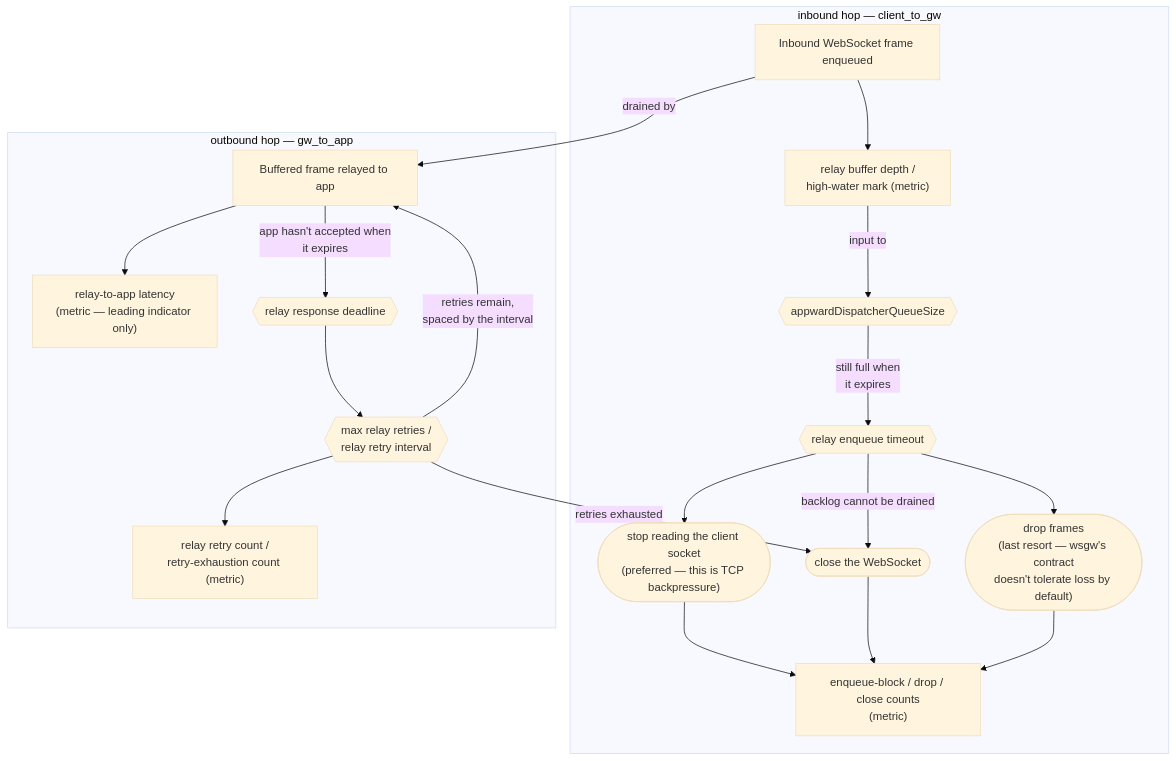
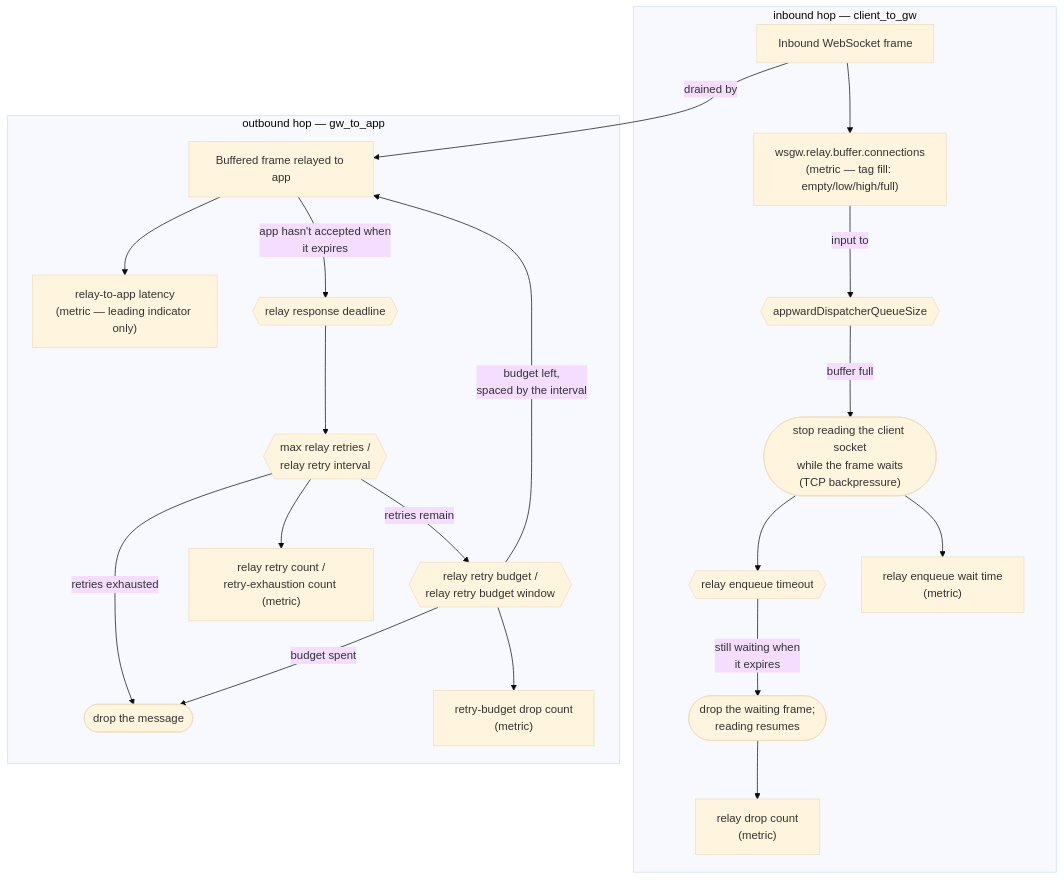
The fourth of 4 diagrams in docs/backpressure.md (pdkovacs/wsgw-jakarta), drawn with Mermaid (base theme) before and after one commit. The commit also changed other lines of this file and 16 other files, not shown here.

Commit message:
Congestion control: RELAY inbound hop / dispatcher queue size, buffer fill

````diff
--- a/docs/backpressure.md
+++ b/docs/backpressure.md
@@ -613,28 +666,30 @@
 ```mermaid
 flowchart TD
     subgraph inbound["inbound hop — client_to_gw"]
-        E1["Inbound WebSocket frame enqueued"]
-        E1 --> MetricDepth["relay buffer depth /\nhigh-water mark (metric)"]
-        MetricDepth -->|"input to"| KnobQueueSize{{"appwardDispatcherQueueSize"}}
-        KnobQueueSize -->|"still full when\nit expires"| KnobEnqueueTimeout{{"relay enqueue timeout"}}
-        KnobEnqueueTimeout --> ActStopRead(["stop reading the client socket\n(preferred — this is TCP backpressure)"])
-        KnobEnqueueTimeout --> ActDrop(["drop frames\n(last resort — wsgw's contract\ndoesn't tolerate loss by default)"])
-        ActClose(["close the WebSocket"])
-        ActStopRead --> MetricActions["enqueue-block / drop / close counts\n(metric)"]
-        ActClose --> MetricActions
-        ActDrop --> MetricActions
+        E1["Inbound WebSocket frame"]
+        ActDrop(["drop the waiting frame;\nreading resumes"])
+        E1 --> MetricFill["wsgw.relay.buffer.connections\n(metric — tag fill: empty/low/high/full)"]
+        MetricFill -->|"input to"| KnobQueueSize{{"appwardDispatcherQueueSize"}}
+        KnobQueueSize -->|"buffer full"| ActStopRead(["stop reading the client socket\nwhile the frame waits\n(TCP backpressure)"])
+        ActStopRead --> KnobEnqueueTimeout{{"relay enqueue timeout"}}
+        KnobEnqueueTimeout -->|"still waiting when\nit expires"| ActDrop
+        ActStopRead --> MetricWait["relay enqueue wait time\n(metric)"]
+        ActDrop --> MetricDrops["relay drop count\n(metric)"]
     end
 
     subgraph outbound["outbound hop — gw_to_app"]
         E0["Buffered frame relayed to app"]
+        ActDropMessage(["drop the message"])
         E0 --> MetricLatency["relay-to-app latency\n(metric — leading indicator only)"]
         E0 -->|"app hasn't accepted when\nit expires"| KnobDeadline{{"relay response deadline"}}
         KnobDeadline --> KnobRetries{{"max relay retries /\nrelay retry interval"}}
-        KnobRetries -->|"retries remain,\nspaced by the interval"| E0
+        KnobRetries -->|"retries remain"| KnobBudget{{"relay retry budget /\nrelay retry budget window"}}
+        KnobBudget -->|"budget left,\nspaced by the interval"| E0
+        KnobRetries -->|"retries exhausted"| ActDropMessage
+        KnobBudget -->|"budget spent"| ActDropMessage
         KnobRetries --> MetricRetries["relay retry count /\nretry-exhaustion count (metric)"]
+        KnobBudget --> MetricBudgetDrops["retry-budget drop count\n(metric)"]
     end
 
-    KnobEnqueueTimeout -->|"backlog cannot be drained"| ActClose
-    KnobRetries -->|"retries exhausted"| ActClose
     E1 -->|"drained by"| E0
 ```
````
